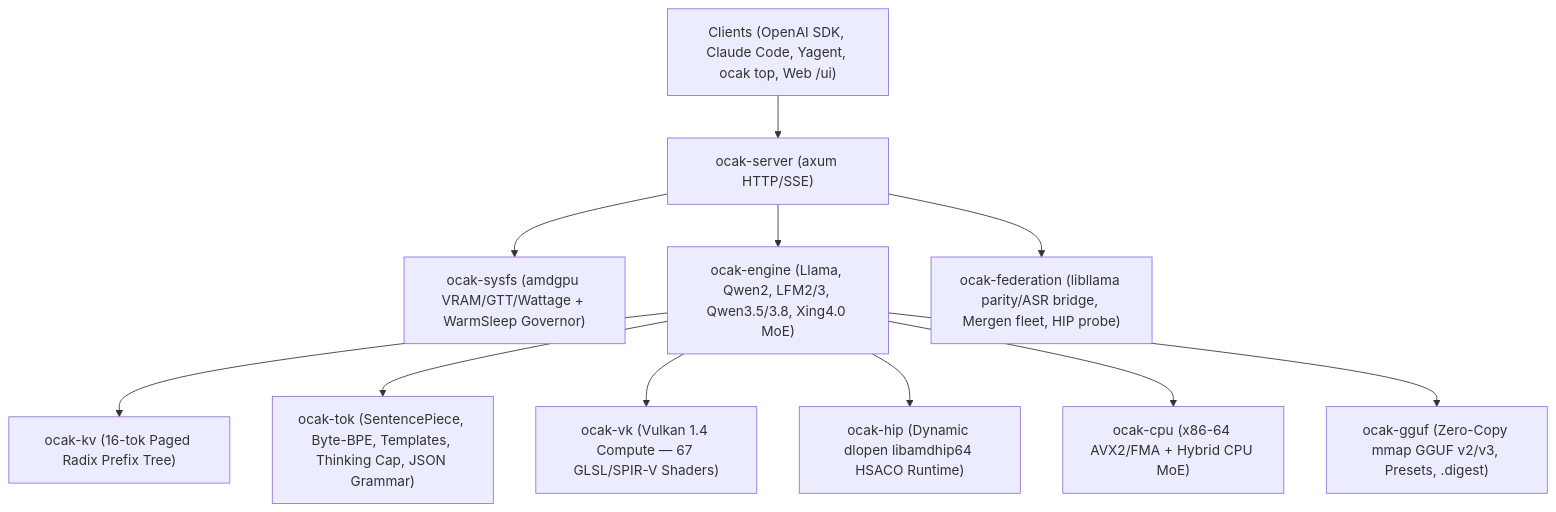
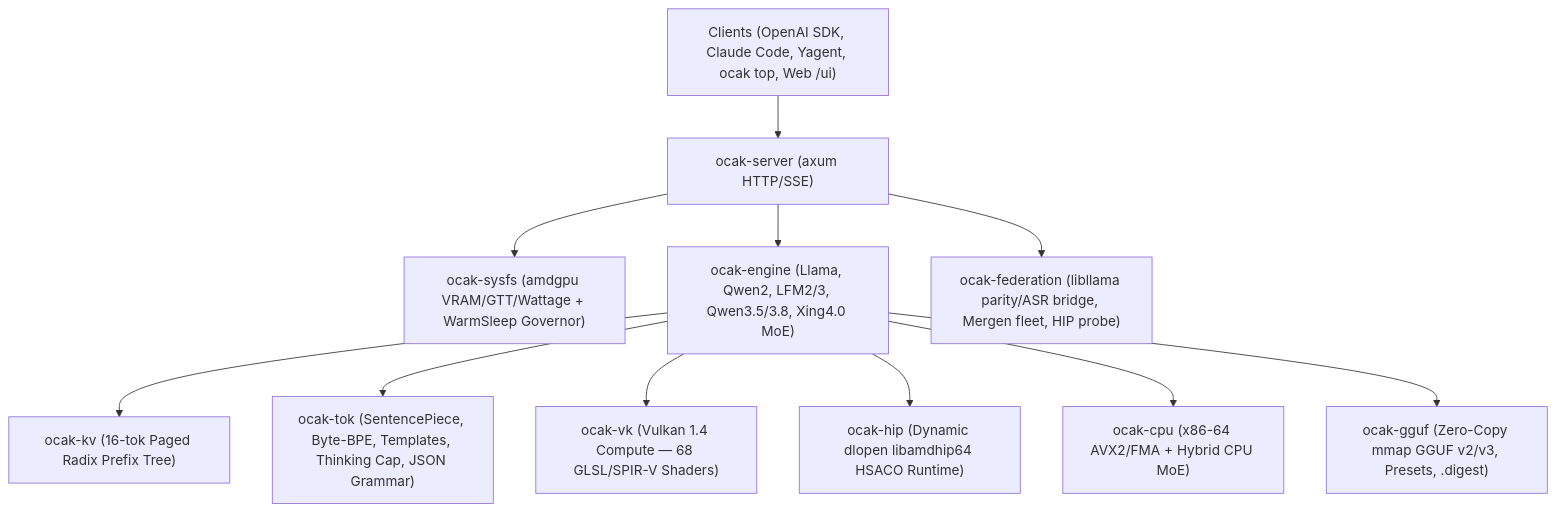
The diagram in README.md (Mechres/ocak), drawn with Mermaid before and after one commit. The commit also changed other lines of this file and 4 other files, not shown here.

````diff
--- a/README.md
+++ b/README.md
@@ -34,13 +34,13 @@
 ```mermaid
 flowchart TD
     Clients["Clients (OpenAI SDK, Claude Code, Yagent, ocak top, Web /ui)"] --> Server["ocak-server (axum HTTP/SSE)"]
     Server --> Gov["ocak-sysfs (amdgpu VRAM/GTT/Wattage + WarmSleep Governor)"]
     Server --> Engine["ocak-engine (Llama, Qwen2, LFM2/3, Qwen3.5/3.8, Xing4.0 MoE)"]
     Server --> Fed["ocak-federation (libllama parity/ASR bridge, Mergen fleet, HIP probe)"]
     Engine --> KV["ocak-kv (16-tok Paged Radix Prefix Tree)"]
     Engine --> Tok["ocak-tok (SentencePiece, Byte-BPE, Templates, Thinking Cap, JSON Grammar)"]
-    Engine --> VK["ocak-vk (Vulkan 1.4 Compute — 67 GLSL/SPIR-V Shaders)"]
+    Engine --> VK["ocak-vk (Vulkan 1.4 Compute — 68 GLSL/SPIR-V Shaders)"]
     Engine --> HIP["ocak-hip (Dynamic dlopen libamdhip64 HSACO Runtime)"]
     Engine --> CPU["ocak-cpu (x86-64 AVX2/FMA + Hybrid CPU MoE)"]
     Engine --> GGUF["ocak-gguf (Zero-Copy mmap GGUF v2/v3, Presets, .digest)"]
 ```
````
